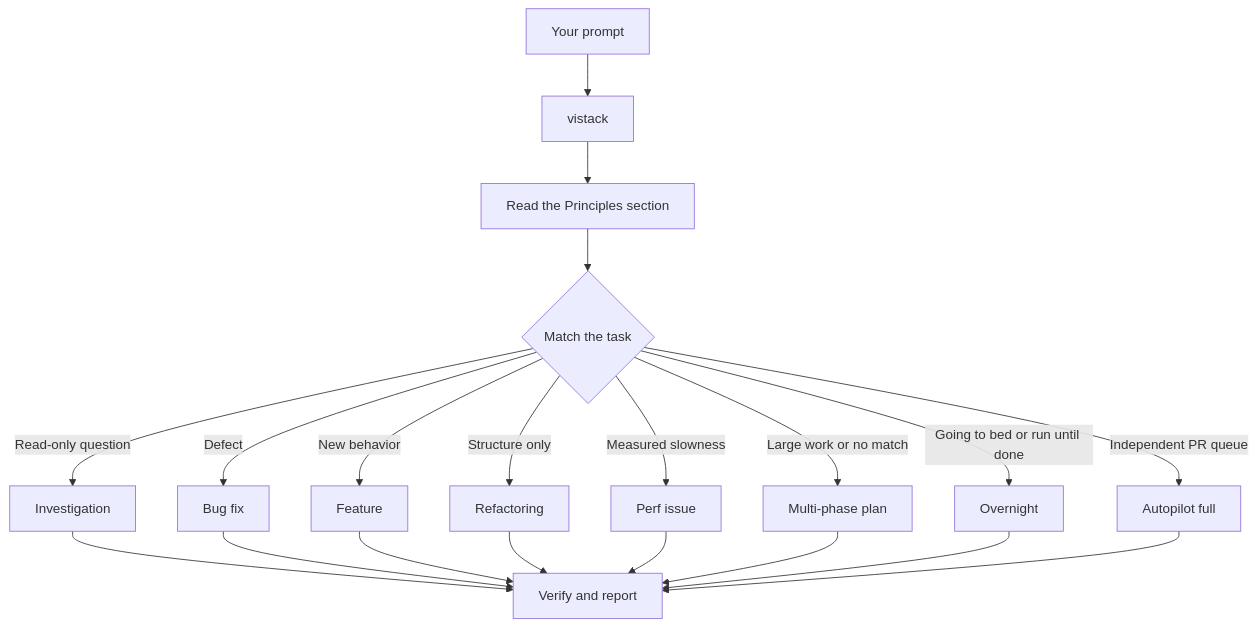
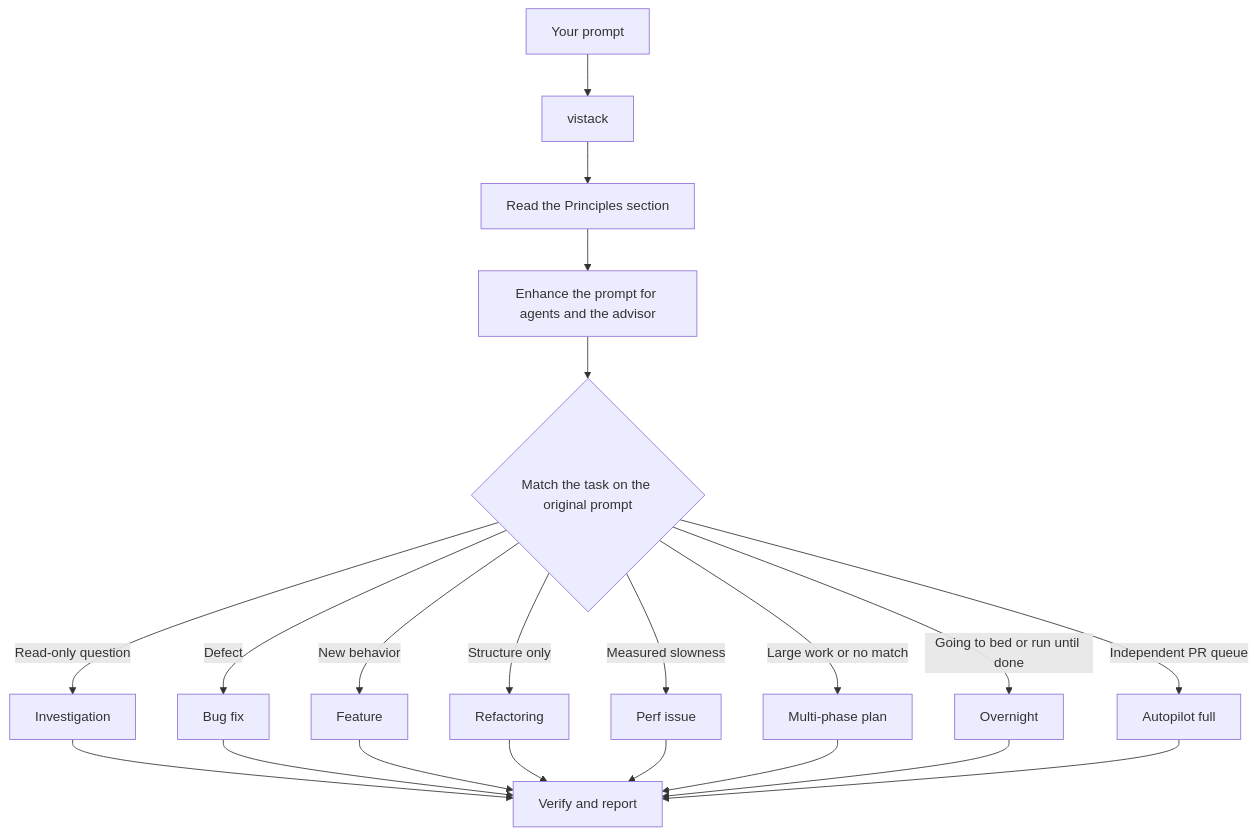
One commit to vianch/vistack changed the diagram in docs/guide/usage.md. Above: the diagram before and after it, drawn with Mermaid. The commit also changed other lines of this file and 75 other files, not shown here.

````diff
--- a/docs/guide/usage.md
+++ b/docs/guide/usage.md
@@ -68,22 +72,23 @@
 ```mermaid
 flowchart TD
     A[Your prompt] --> B[vistack]
     B --> C[Read the Principles section]
-    C --> D{Match the task}
+    C --> P[Enhance the prompt for agents and the advisor]
+    P --> D{Match the task on the original prompt}
     D -->|Read-only question| E[Investigation]
     D -->|Defect| F[Bug fix]
     D -->|New behavior| G[Feature]
     D -->|Structure only| H[Refactoring]
     D -->|Measured slowness| I[Perf issue]
     D -->|Large work or no match| J[Multi-phase plan]
     D -->|Going to bed or run until done| K[Overnight]
     D -->|Independent PR queue| L[Autopilot full]
     E --> M[Verify and report]
     F --> M
     G --> M
     H --> M
     I --> M
     J --> M
     K --> M
     L --> M
 ```
````
